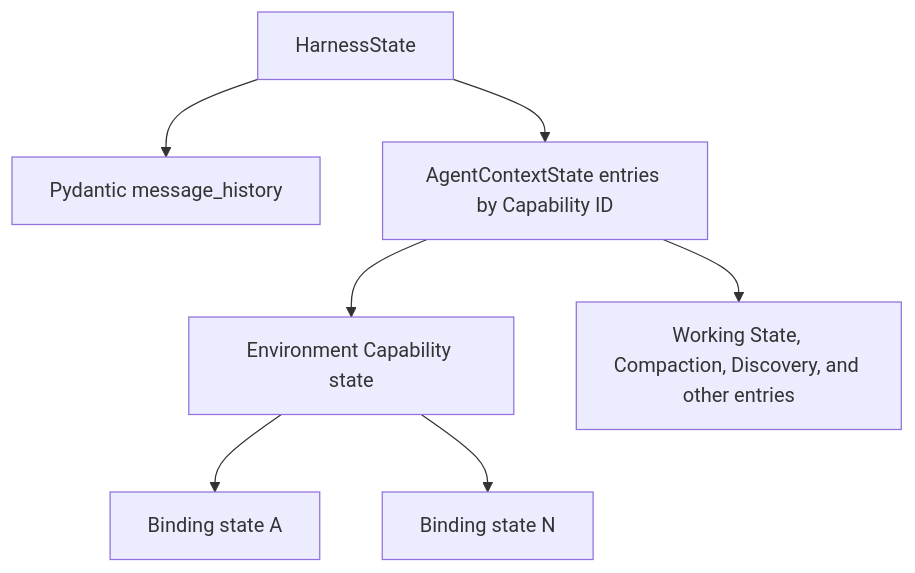
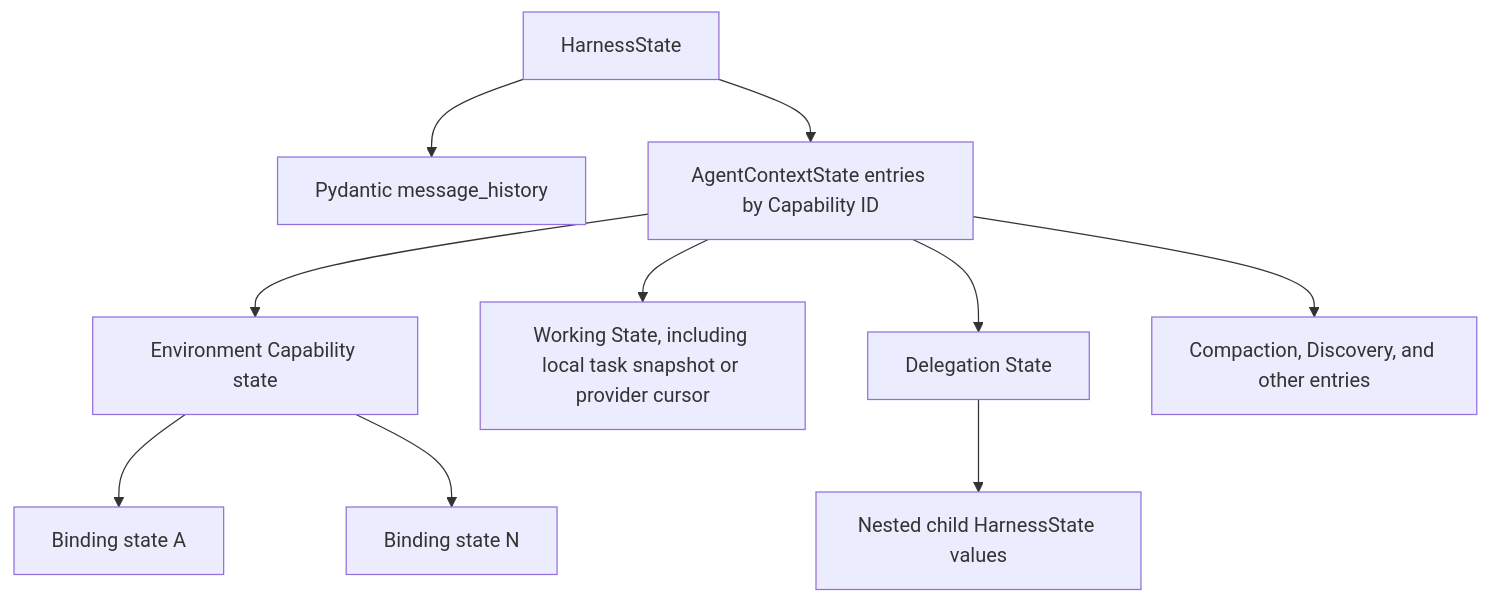
One commit to LTThreeComma/agent-foundation changed the second of 4 diagrams in spec/agent-harness/10-snapshot-and-resume.md. Above: the diagram before and after it, drawn with Mermaid. The commit also changed other lines of this file and 54 other files, not shown here.

````diff
--- a/spec/agent-harness/10-snapshot-and-resume.md
+++ b/spec/agent-harness/10-snapshot-and-resume.md
@@ -31,17 +31,23 @@
 ```mermaid
 flowchart TB
     HS[HarnessState]
     MH[Pydantic message_history]
     ACS[AgentContextState entries by Capability ID]
     ENV[Environment Capability state]
     B1[Binding state A]
     BN[Binding state N]
-    OTHER[Working State, Compaction, Discovery, and other entries]
+    WORK[Working State, including local task snapshot or provider cursor]
+    DEL[Delegation State]
+    CHILD[Nested child HarnessState values]
+    OTHER[Compaction, Discovery, and other entries]
 
     HS --> MH
     HS --> ACS
     ACS --> ENV
     ENV --> B1
     ENV --> BN
+    ACS --> WORK
+    ACS --> DEL
+    DEL --> CHILD
     ACS --> OTHER
 ```
````
